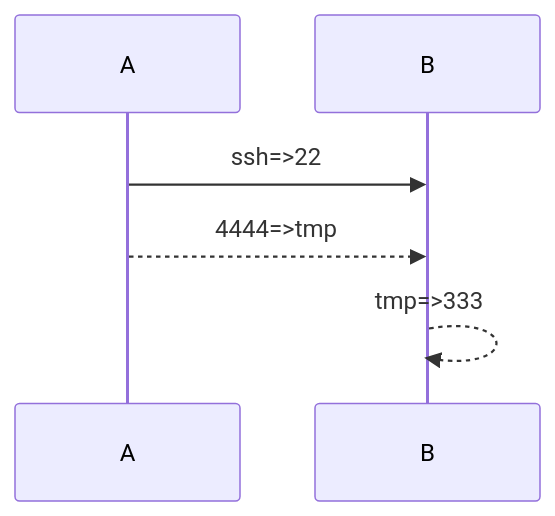
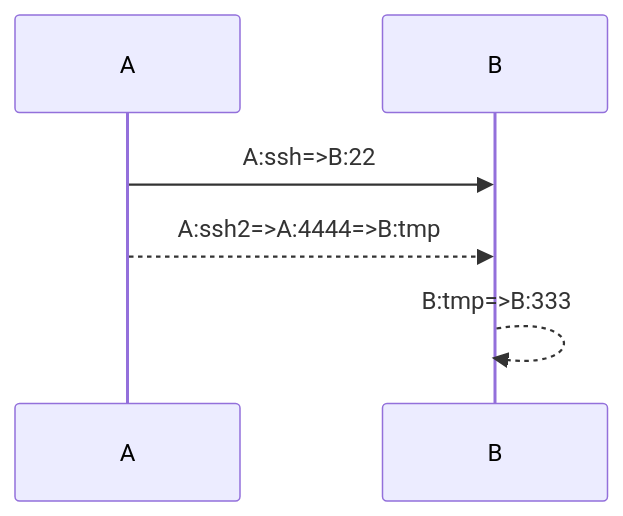
The second of 3 diagrams in linux/tools/ssh端口转发.md (csy9730/tool_misc), drawn with Mermaid before and after one commit. The commit also changed other lines of this file and 8 other files, not shown here.

````diff
--- a/linux/tools/ssh端口转发.md
+++ b/linux/tools/ssh端口转发.md
@@ -22,6 +39,6 @@
-```mermaid
+``` mermaid
 sequenceDiagram
-A->>B:  ssh=>22
-A-->>B:  4444=>tmp
-B-->>B: tmp=>333
+A->>B:  A:ssh=>B:22
+A-->>B:  A:ssh2=>A:4444=>B:tmp
+B-->>B: B:tmp=>B:333
 ```
````
